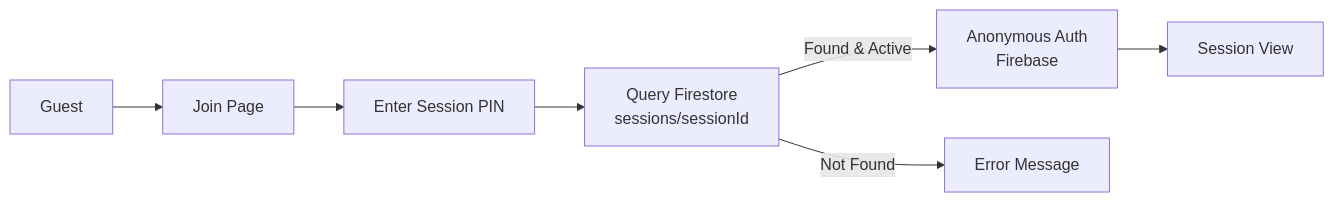
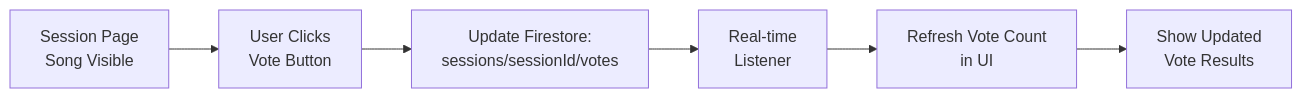
One commit to fMuchka/my-pisnicka2.0 changed the sixth of 6 diagrams in docs/data-flow.md. Above: the diagram before and after it, drawn with Mermaid. The commit also changed other lines of this file and 4 other files, not shown here.

````diff
--- a/docs/data-flow.md
+++ b/docs/data-flow.md
@@ -48,9 +97,8 @@
 ```mermaid
 flowchart LR
-  G[Guest] --> J[Join Page]
-  J --> PIN[Enter Session PIN]
-  PIN --> Q[Query Firestore<br/>sessions/sessionId]
-  Q -- Found & Active --> ANON[Anonymous Auth<br/>Firebase]
-  ANON --> S[Session View]
-  Q -- Not Found --> ERR[Error Message]
+  SPV[Session Page<br/>Song Visible] --> VOTE[User Clicks<br/>Vote Button]
+  VOTE --> UPDATE["Update Firestore:<br/>sessions/sessionId/votes"]
+  UPDATE --> RT["Real-time<br/>Listener"]
+  RT --> REFRESH[Refresh Vote Count<br/>in UI]
+  REFRESH --> DISPLAY[Show Updated<br/>Vote Results]
 ```
````
